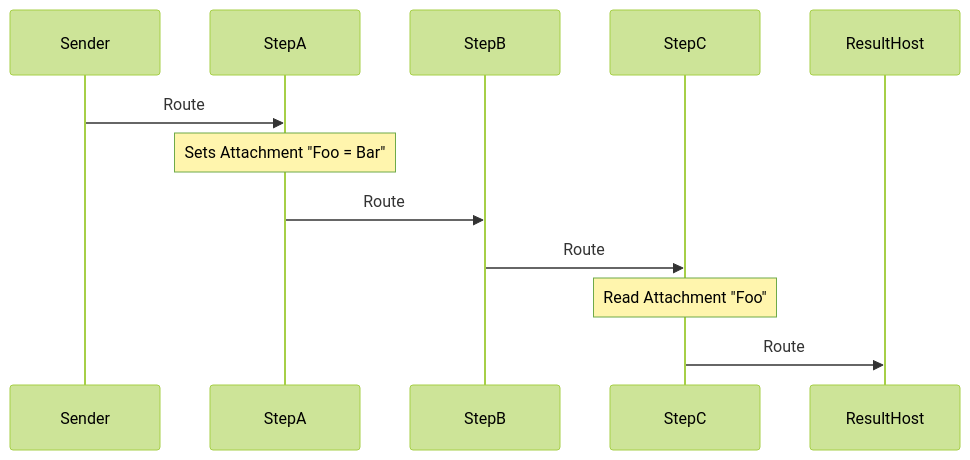
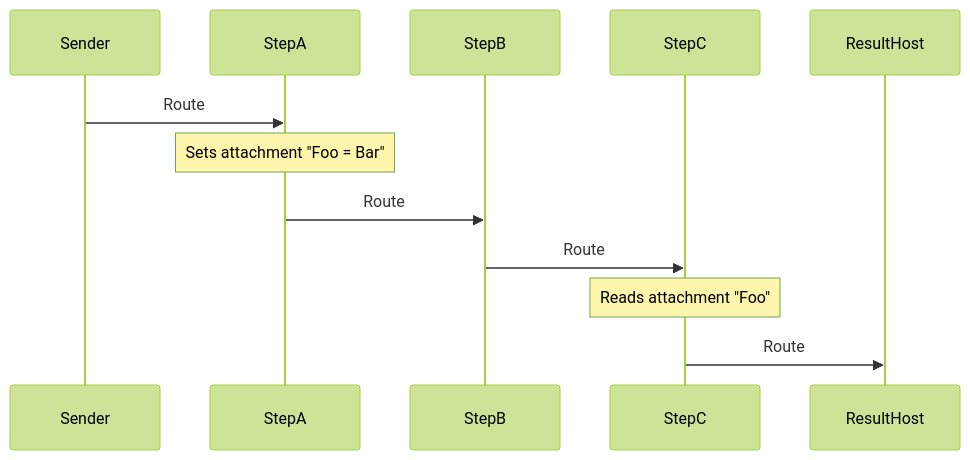
The second of 2 diagrams in samples/routing-slips/sample.md (Particular/docs.particular.net), drawn with Mermaid (forest theme) before and after one commit. The commit also changed other lines of this file, not shown here.

````diff
--- a/samples/routing-slips/sample.md
+++ b/samples/routing-slips/sample.md
@@ -97,15 +119,14 @@
 ```mermaid
 sequenceDiagram
-
 Participant Sender
 Participant StepA
 Participant StepB
 Participant StepC
 Participant ResultHost
 Sender ->> StepA: Route
-Note over StepA: Sets Attachment "Foo = Bar"
-StepA->> StepB: Route
-StepB->> StepC: Route
-Note over StepC: Read Attachment "Foo"
-StepC->> ResultHost: Route
+Note over StepA: Sets attachment "Foo = Bar"
+StepA ->> StepB: Route
+StepB ->> StepC: Route
+Note over StepC: Reads attachment "Foo"
+StepC ->> ResultHost: Route
 ```
````
